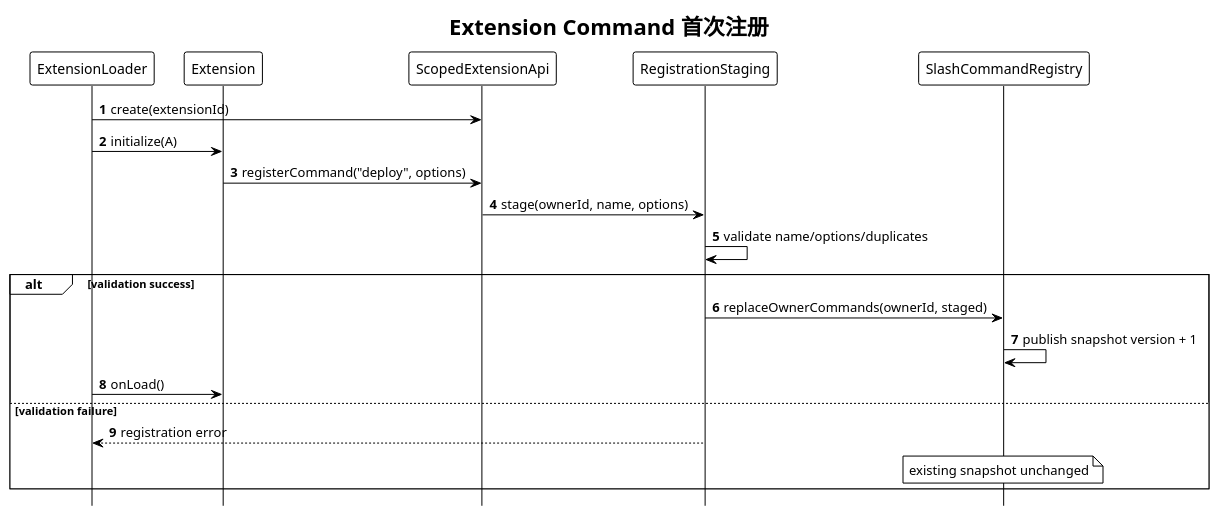
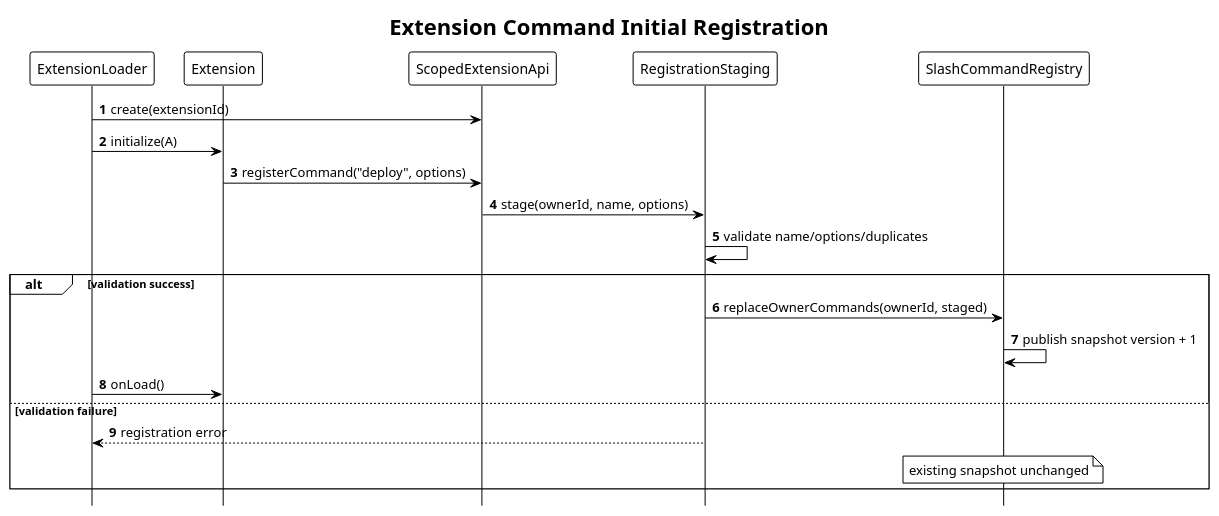
The sixth of 20 diagrams in diagrams/extension-command/diagram.puml (superheromeZzh/pi-mono-java-design), drawn with PlantUML before and after one commit. The commit also changed other lines of this file and 48 other files, not shown here.

Commit message:
docs: require English PlantUML diagrams

```diff
--- a/diagrams/extension-command/diagram.puml
+++ b/diagrams/extension-command/diagram.puml
@@ -220,35 +220,35 @@
 @startuml 06-initial-registration
 ' pi source: packages/coding-agent/src/core/extensions/loader.ts:201-209,368-432
 ' Java divergence: staging and all-or-nothing publication are architecture hardening, not current pi behavior.
 ' Design reason: prevent partial command sets and silent overwrite during extension initialization.
 !theme plain
 !pragma layout smetana
-skinparam defaultFontName "PingFang SC"
+skinparam defaultFontName "SansSerif"
 skinparam shadowing false
 skinparam backgroundColor transparent
 hide footbox
 autonumber
-title Extension Command 首次注册
+title Extension Command Initial Registration
 
 participant ExtensionLoader as L
 participant Extension as E
 participant ScopedExtensionApi as A
 participant RegistrationStaging as S
 participant SlashCommandRegistry as R
 
 L -> A : create(extensionId)
 L -> E : initialize(A)
 E -> A : registerCommand("deploy", options)
 A -> S : stage(ownerId, name, options)
 S -> S : validate name/options/duplicates
 alt validation success
   S -> R : replaceOwnerCommands(ownerId, staged)
   R -> R : publish snapshot version + 1
   L -> E : onLoad()
 else validation failure
   S --> L : registration error
   note over R
     existing snapshot unchanged
   end note
 end
 @enduml
```
